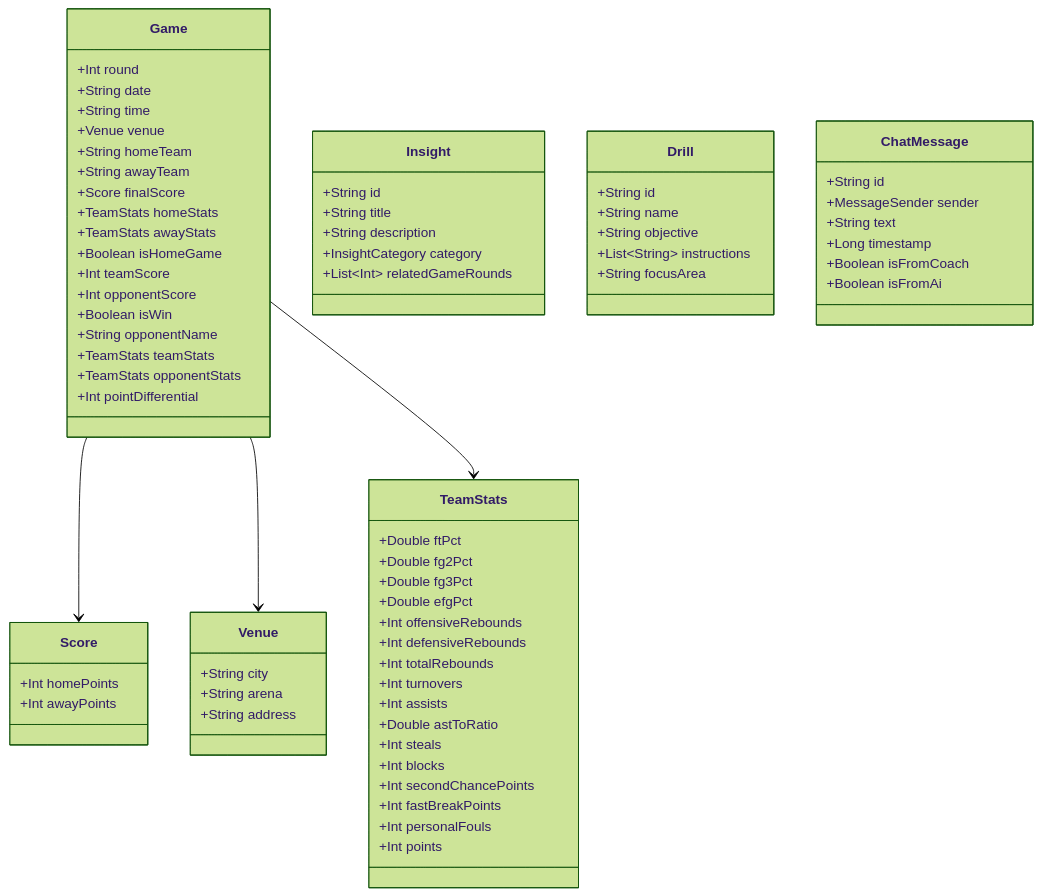
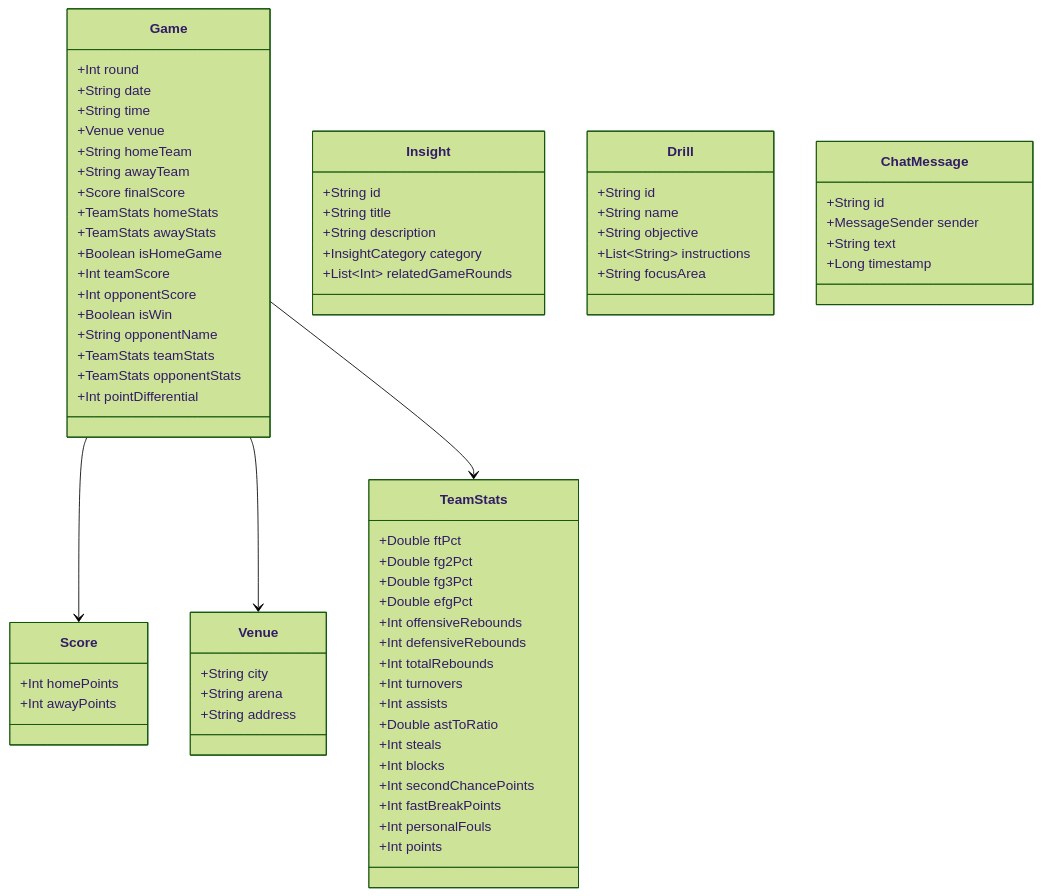
One commit to albertmartorell1975/BasketCoach changed the second of 4 diagrams in ARCHITECTURE.md. Above: the diagram before and after it, drawn with Mermaid (forest theme). The commit also changed other lines of this file and 45 other files, not shown here.

````diff
--- a/ARCHITECTURE.md
+++ b/ARCHITECTURE.md
@@ -48,82 +48,80 @@
 ```mermaid
 classDiagram
     direction TB
     class Game {
         +Int round
         +String date
         +String time
         +Venue venue
         +String homeTeam
         +String awayTeam
         +Score finalScore
         +TeamStats homeStats
         +TeamStats awayStats
         +Boolean isHomeGame
         +Int teamScore
         +Int opponentScore
         +Boolean isWin
         +String opponentName
         +TeamStats teamStats
         +TeamStats opponentStats
         +Int pointDifferential
     }
 
     class TeamStats {
         +Double ftPct
         +Double fg2Pct
         +Double fg3Pct
         +Double efgPct
         +Int offensiveRebounds
         +Int defensiveRebounds
         +Int totalRebounds
         +Int turnovers
         +Int assists
         +Double astToRatio
         +Int steals
         +Int blocks
         +Int secondChancePoints
         +Int fastBreakPoints
         +Int personalFouls
         +Int points
     }
 
     class Score {
         +Int homePoints
         +Int awayPoints
     }
 
     class Venue {
         +String city
         +String arena
         +String address
     }
 
     class Insight {
         +String id
         +String title
         +String description
         +InsightCategory category
         +List~Int~ relatedGameRounds
     }
 
     class Drill {
         +String id
         +String name
         +String objective
         +List~String~ instructions
         +String focusArea
     }
 
     class ChatMessage {
         +String id
         +MessageSender sender
         +String text
         +Long timestamp
-        +Boolean isFromCoach
-        +Boolean isFromAi
     }
 
     Game --> Score
     Game --> Venue
     Game --> TeamStats
 ```
````
